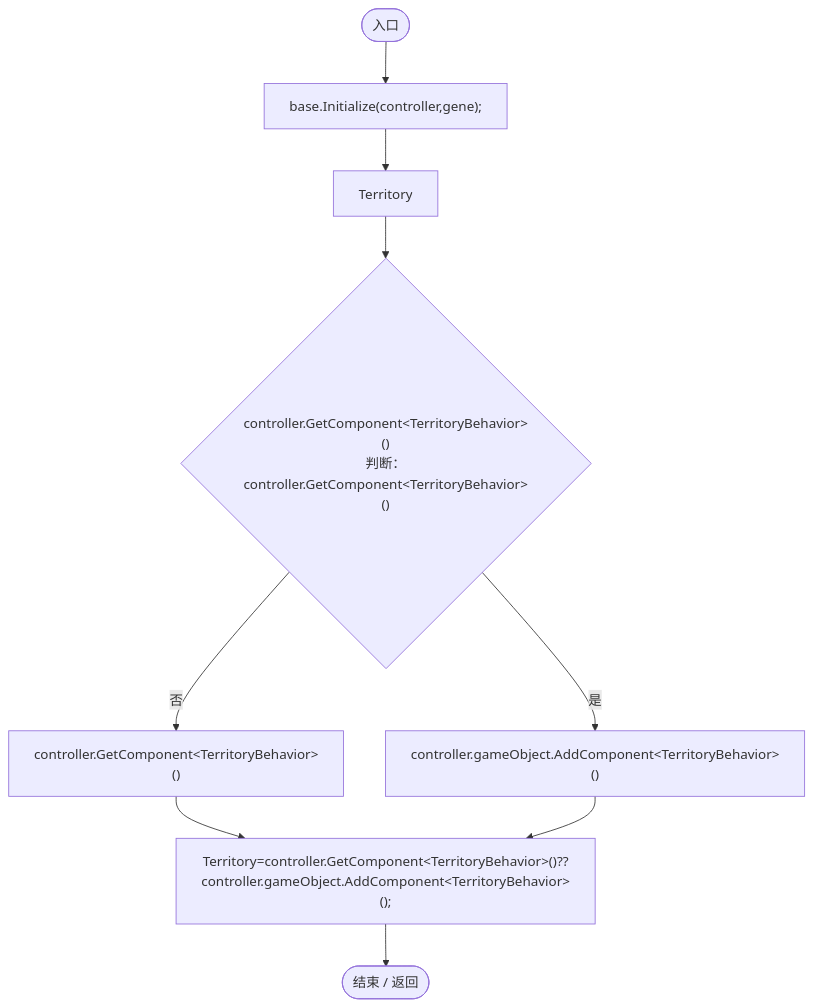
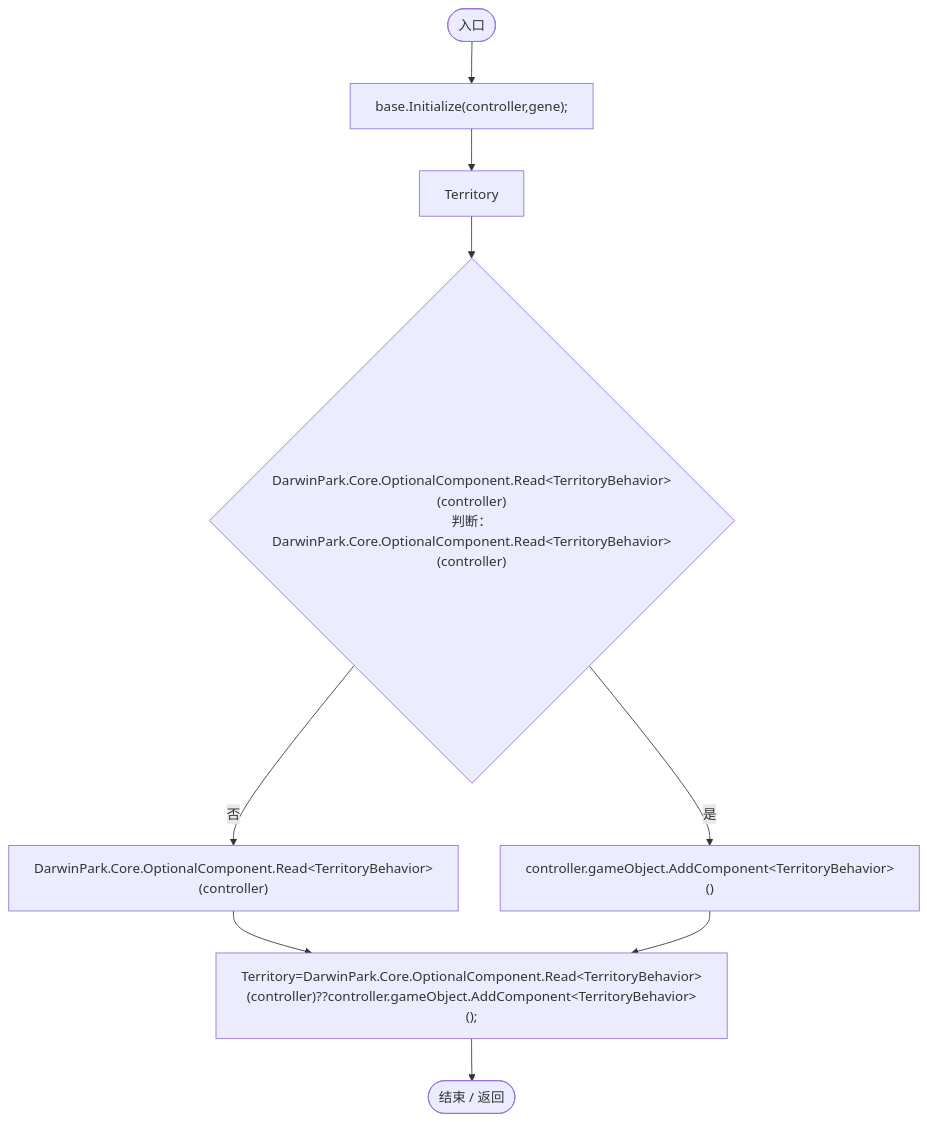
Before and after one commit to xhs6666/Darwin_paradise: the first of 2 diagrams in Docs/运行流程图/脚本/539b07a85ca816cf.md, drawn with Mermaid. The commit also changed other lines of this file and 297 other files, not shown here.

````diff
--- a/Docs/运行流程图/脚本/539b07a85ca816cf.md
+++ b/Docs/运行流程图/脚本/539b07a85ca816cf.md
@@ -19,20 +19,20 @@
 ```mermaid
 flowchart TD
   b0(["入口"])
   b1["base.Initialize(controller,gene);"]
   b2["Territory"]
-  b3{"controller.GetComponent&lt;TerritoryBehavior&gt;()<br/>判断：controller.GetComponent&lt;TerritoryBehavior&gt;()"}
-  b4["controller.GetComponent&lt;TerritoryBehavior&gt;()"]
+  b3{"DarwinPark.Core.OptionalComponent.Read&lt;TerritoryBehavior&gt;(controller)<br/>判断：DarwinPark.Core.OptionalComponent.Read&lt;TerritoryBehavior&gt;(controller)"}
+  b4["DarwinPark.Core.OptionalComponent.Read&lt;TerritoryBehavior&gt;(controller)"]
   b5["controller.gameObject.AddComponent&lt;TerritoryBehavior&gt;()"]
-  b6["Territory=controller.GetComponent&lt;TerritoryBehavior&gt;()??controller.gameObject.AddComponent&lt;TerritoryBehavior&gt;();"]
+  b6["Territory=DarwinPark.Core.OptionalComponent.Read&lt;TerritoryBehavior&gt;(controller)??controller.gameObject.AddComponent&lt;TerritoryBehavior&gt;();"]
   b7(["结束 / 返回"])
   b0 --> b1
   b1 --> b2
   b2 --> b3
   b3 -->|"否"| b4
   b3 -->|"是"| b5
   b4 --> b6
   b5 --> b6
   b6 --> b7
 
 ```
````
